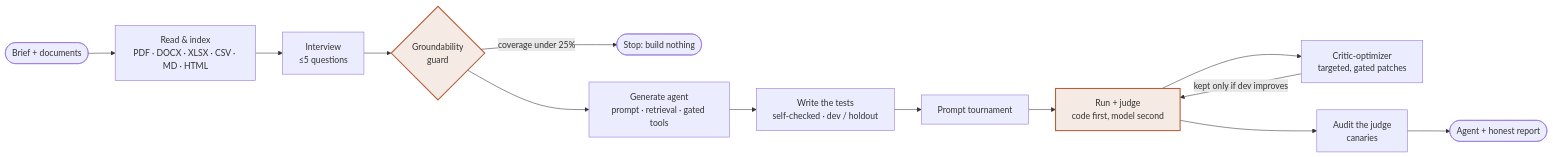
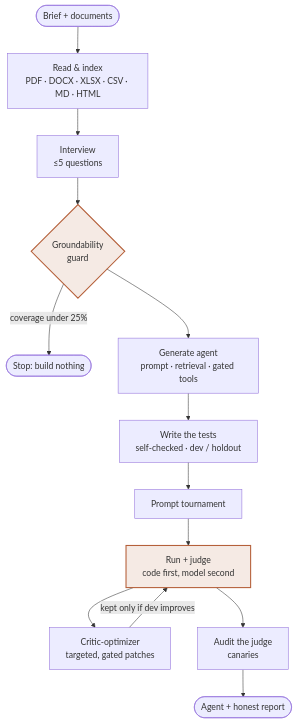
One commit to divyat2605/forgeai changed the diagram in README.md. Above: the diagram before and after it, drawn with Mermaid. The commit also changed other lines of this file, not shown here.

Commit message:
docs(readme): top-down pipeline diagram and tighter command comments

````diff
--- a/README.md
+++ b/README.md
@@ -66,17 +66,17 @@
 ```mermaid
-flowchart LR
+flowchart TD
     A([Brief + documents]) --> B[Read & index<br/>PDF · DOCX · XLSX · CSV · MD · HTML]
     B --> C[Interview<br/>≤5 questions]
     C --> D{Groundability<br/>guard}
     D -- "coverage under 25%" --> X([Stop: build nothing])
     D --> E[Generate agent<br/>prompt · retrieval · gated tools]
     E --> F[Write the tests<br/>self-checked · dev / holdout]
     F --> G[Prompt tournament]
     G --> H[Run + judge<br/>code first, model second]
     H --> I[Critic-optimizer<br/>targeted, gated patches]
     I -- "kept only if dev improves" --> H
     H --> J[Audit the judge<br/>canaries]
     J --> K([Agent + honest report])
     classDef guard fill:#B5603A22,stroke:#B5603A,stroke-width:2px;
     class D,H guard;
 ```
````
